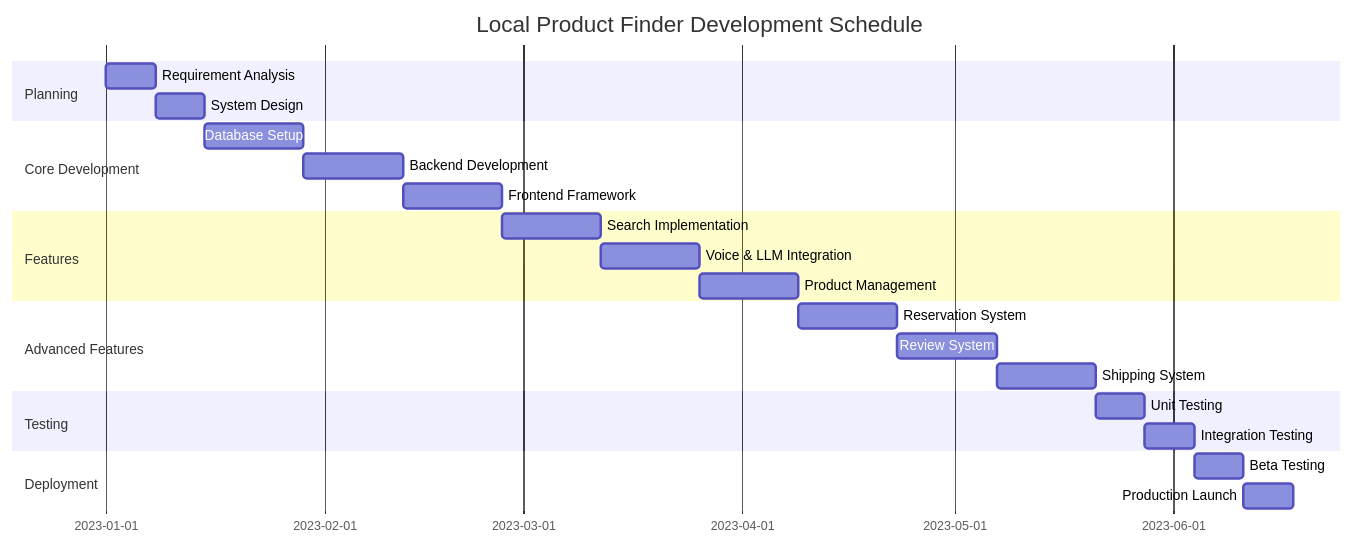
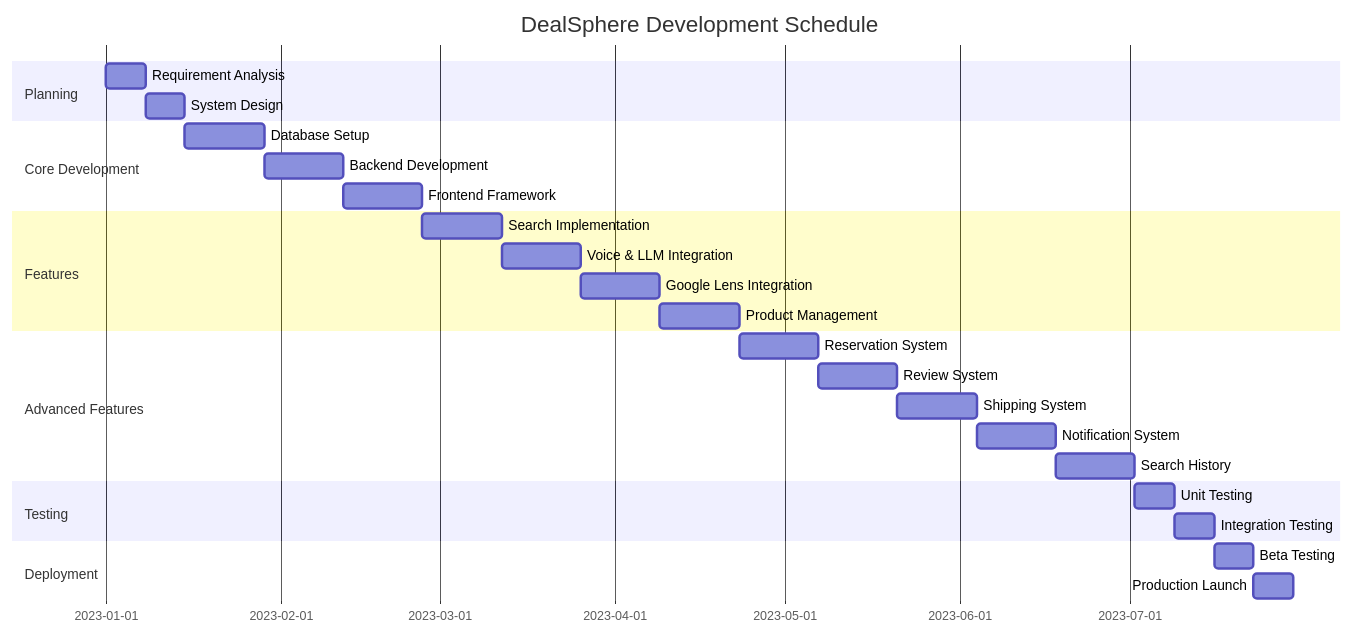
Before and after one commit to r04nx/obsidian: the seventh of 7 diagrams in Work/SPIT Hackathon/Main Document.md, drawn with Mermaid. The commit also changed other lines of this file and 25 other files, not shown here.

````diff
--- a/Work/SPIT Hackathon/Main Document.md
+++ b/Work/SPIT Hackathon/Main Document.md
@@ -345,31 +429,34 @@
 ```mermaid
 gantt
-    title Local Product Finder Development Schedule
+    title DealSphere Development Schedule
     dateFormat  YYYY-MM-DD
     section Planning
     Requirement Analysis    :2023-01-01, 7d
     System Design          :2023-01-08, 7d
     
     section Core Development
     Database Setup         :2023-01-15, 14d
     Backend Development    :2023-01-29, 14d
     Frontend Framework     :2023-02-12, 14d
     
     section Features
     Search Implementation  :2023-02-26, 14d
     Voice & LLM Integration:2023-03-12, 14d
-    Product Management    :2023-03-26, 14d
+    Google Lens Integration:2023-03-26, 14d
+    Product Management    :2023-04-09, 14d
     
     section Advanced Features
-    Reservation System    :2023-04-09, 14d
-    Review System        :2023-04-23, 14d
-    Shipping System      :2023-05-07, 14d
+    Reservation System    :2023-04-23, 14d
+    Review System        :2023-05-07, 14d
+    Shipping System      :2023-05-21, 14d
+    Notification System  :2023-06-04, 14d
+    Search History       :2023-06-18, 14d
     
     section Testing
-    Unit Testing         :2023-05-21, 7d
-    Integration Testing  :2023-05-28, 7d
+    Unit Testing         :2023-07-02, 7d
+    Integration Testing  :2023-07-09, 7d
     
     section Deployment
-    Beta Testing         :2023-06-04, 7d
-    Production Launch    :2023-06-11, 7d
+    Beta Testing         :2023-07-16, 7d
+    Production Launch    :2023-07-23, 7d
 ```
````
